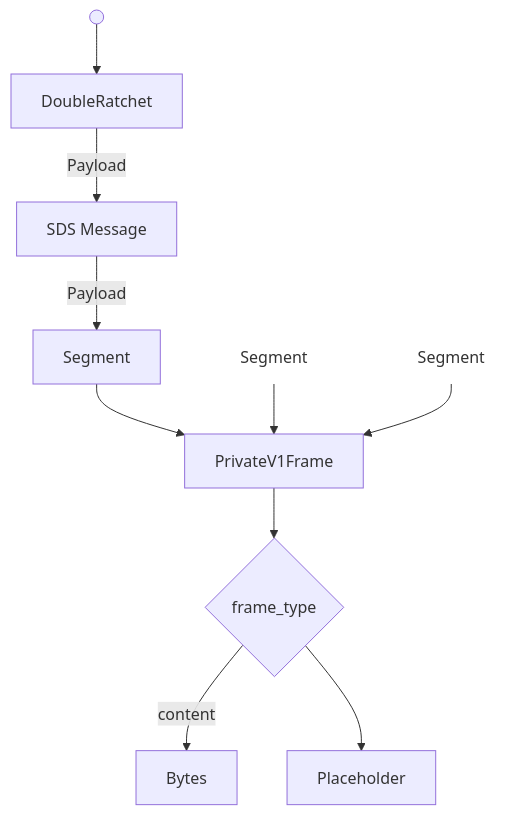
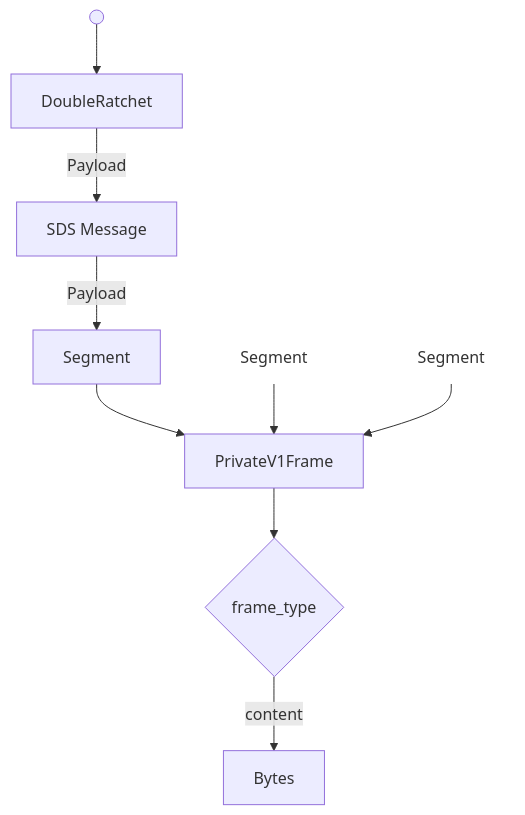
Before and after one commit to waku-org/specs: the third of 3 diagrams in standards/application/privatev1.md, drawn with Mermaid. The commit also changed other lines of this file, not shown here.

````diff
--- a/standards/application/privatev1.md
+++ b/standards/application/privatev1.md
@@ -262,25 +262,25 @@
 ```mermaid
 flowchart TD
 
     D[DoubleRatchet]
     S[SDS Message]
     Segment1[ Segment]
     Segment2[ Segment]
     Segment3[ Segment]
     P[PrivateV1Frame]
 
     start@{ shape: start }
     start --> D
     D -->|Payload| S
     S -->|Payload| Segment1
 
     Segment1 --> P
     Segment2:::plain --> P
     Segment3:::plain --> P
     
     P --> T{frame_type}
     T --content--> Bytes
-    T --> Placeholder
+
 
     classDef plain fill:none,stroke:transparent;
 ```
````
